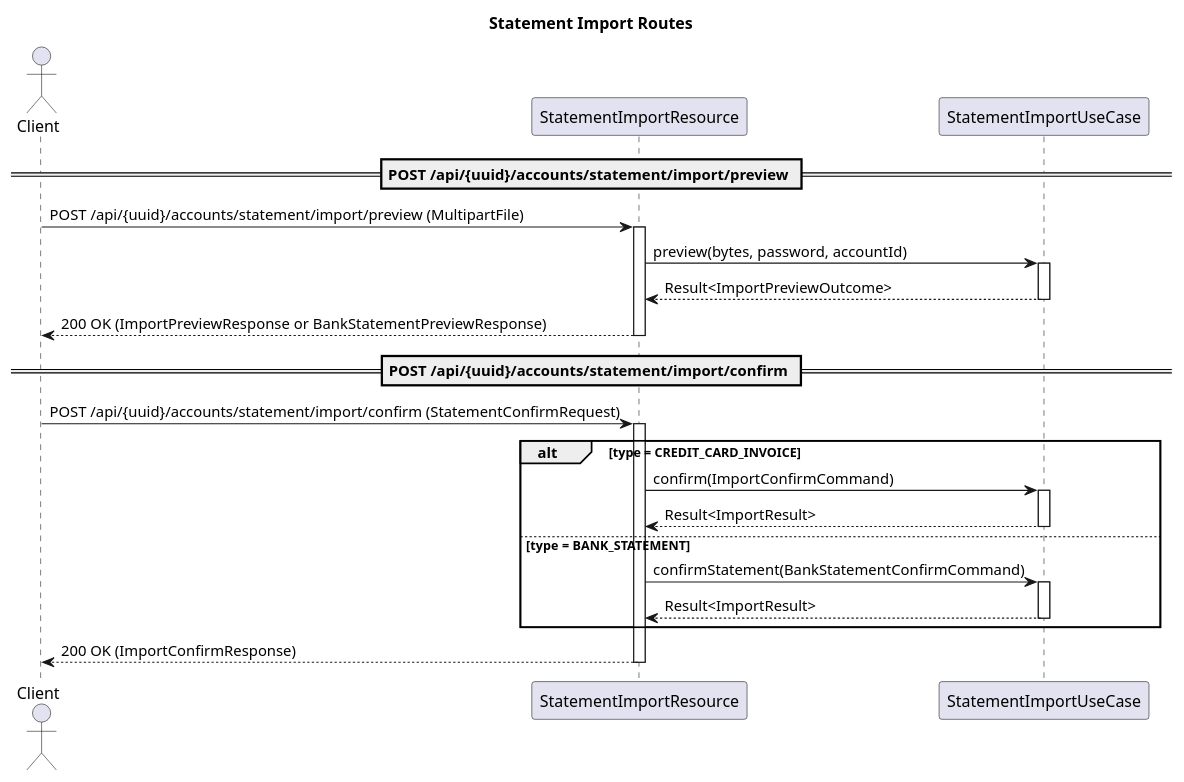
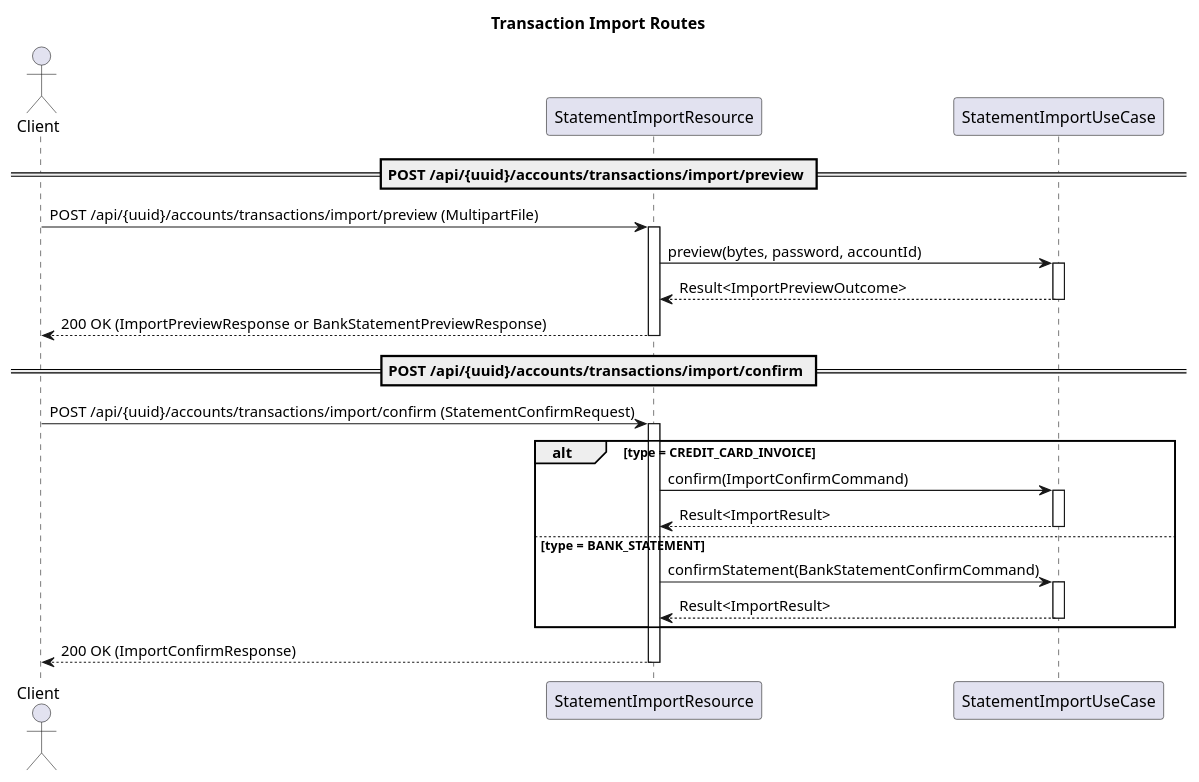
Before and after one commit to bkaraujo/cdb-judas: the diagram in docs/routes/transaction-import.puml, drawn with PlantUML. The commit also changed 136 other files, not shown here.

Commit message:
Remove `statement` package and related resources, consolidating into `transactions`. Refactors imports, adjusts API routes, and updates affected documentation and tests.

```diff
--- a/docs/routes/transaction-import.puml
+++ b/docs/routes/transaction-import.puml
@@ -1,36 +1,36 @@
 @startuml
-title Statement Import Routes
+title Transaction Import Routes
 
 actor Client
 participant "StatementImportResource" as Resource
 participant "StatementImportUseCase" as UseCase
 
-== POST /api/{uuid}/accounts/statement/import/preview ==
-Client -> Resource: POST /api/{uuid}/accounts/statement/import/preview (MultipartFile)
+== POST /api/{uuid}/accounts/transactions/import/preview ==
+Client -> Resource: POST /api/{uuid}/accounts/transactions/import/preview (MultipartFile)
 activate Resource
 Resource -> UseCase: preview(bytes, password, accountId)
 activate UseCase
 UseCase --> Resource: Result<ImportPreviewOutcome>
 deactivate UseCase
 Resource --> Client: 200 OK (ImportPreviewResponse or BankStatementPreviewResponse)
 deactivate Resource
 
-== POST /api/{uuid}/accounts/statement/import/confirm ==
-Client -> Resource: POST /api/{uuid}/accounts/statement/import/confirm (StatementConfirmRequest)
+== POST /api/{uuid}/accounts/transactions/import/confirm ==
+Client -> Resource: POST /api/{uuid}/accounts/transactions/import/confirm (StatementConfirmRequest)
 activate Resource
 
 alt type = CREDIT_CARD_INVOICE
   Resource -> UseCase: confirm(ImportConfirmCommand)
   activate UseCase
   UseCase --> Resource: Result<ImportResult>
   deactivate UseCase
 else type = BANK_STATEMENT
   Resource -> UseCase: confirmStatement(BankStatementConfirmCommand)
   activate UseCase
   UseCase --> Resource: Result<ImportResult>
   deactivate UseCase
 end
 
 Resource --> Client: 200 OK (ImportConfirmResponse)
 deactivate Resource
 @enduml
```
